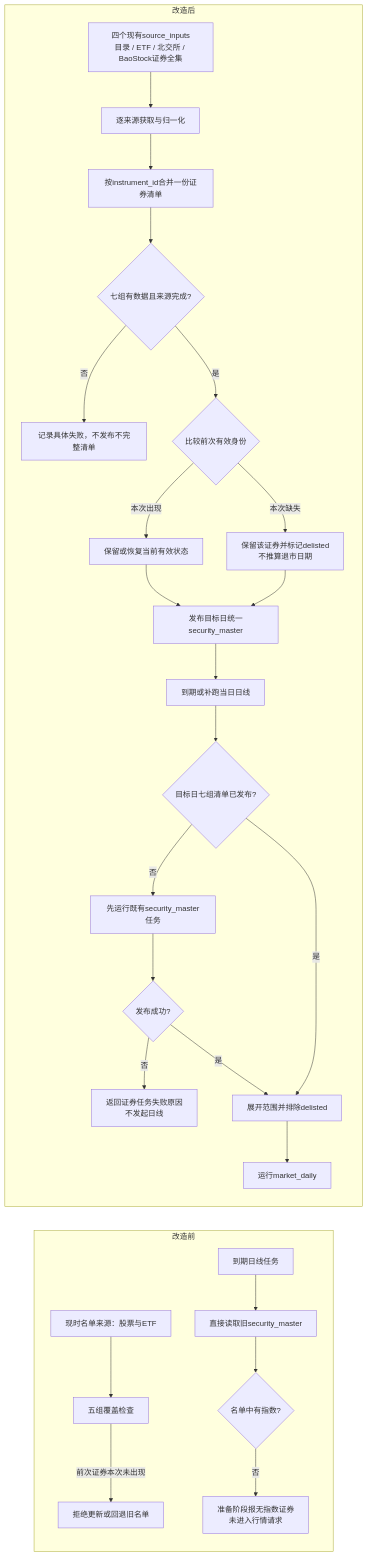
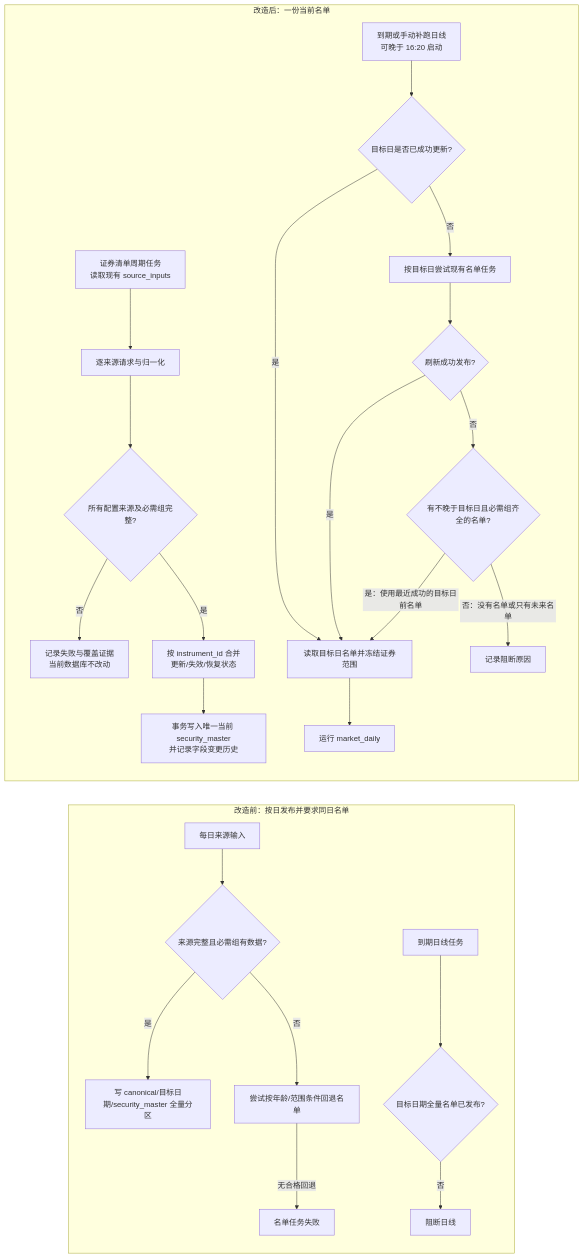
Before and after one commit to fewhg3yhjt/stock_data_manage: the fourth of 4 diagrams in docs/pipeline/collection-tasks.md, drawn with Mermaid. The commit also changed other lines of this file and 13 other files, not shown here.

````diff
--- a/docs/pipeline/collection-tasks.md
+++ b/docs/pipeline/collection-tasks.md
@@ -387,29 +383,27 @@
 ```mermaid
 flowchart LR
-  subgraph before[改造前]
-    B1[现时名单来源：股票与ETF] --> B2[五组覆盖检查]
-    B2 -->|前次证券本次未出现| B3[拒绝更新或回退旧名单]
-    B4[到期日线任务] --> B5[直接读取旧security_master]
-    B5 --> B6{名单中有指数?}
-    B6 -->|否| B7[准备阶段报无指数证券<br/>未进入行情请求]
+  subgraph before[改造前：按日发布并要求同日名单]
+    B1[每日来源输入] --> B2{来源完整且必需组有数据?}
+    B2 -->|是| B3[写 canonical/目标日期/security_master 全量分区]
+    B2 -->|否| B4[尝试按年龄/范围条件回退名单]
+    B4 -->|无合格回退| B5[名单任务失败]
+    B6[到期日线任务] --> B7{目标日期全量名单已发布?}
+    B7 -->|否| B8[阻断日线]
   end
-  subgraph after[改造后]
-    A1[四个现有source_inputs<br/>目录 / ETF / 北交所 / BaoStock证券全集] --> A2[逐来源获取与归一化]
-    A2 --> A3[按instrument_id合并一份证券清单]
-    A3 --> A4{七组有数据且来源完成?}
-    A4 -->|否| A5[记录具体失败，不发布不完整清单]
-    A4 -->|是| A6{比较前次有效身份}
-    A6 -->|本次出现| A7[保留或恢复当前有效状态]
-    A6 -->|本次缺失| A8[保留该证券并标记delisted<br/>不推算退市日期]
-    A7 --> A9[发布目标日统一security_master]
-    A8 --> A9
-    A9 --> A10[到期或补跑当日日线]
-    A10 --> A11{目标日七组清单已发布?}
-    A11 -->|否| A12[先运行既有security_master任务]
-    A12 --> A13{发布成功?}
-    A13 -->|否| A14[返回证券任务失败原因<br/>不发起日线]
-    A13 -->|是| A15[展开范围并排除delisted]
-    A11 -->|是| A15
-    A15 --> A16[运行market_daily]
+  subgraph after[改造后：一份当前名单]
+    A1[证券清单周期任务<br/>读取现有 source_inputs] --> A2[逐来源请求与归一化]
+    A2 --> A3{所有配置来源及必需组完整?}
+    A3 -->|否| A4[记录失败与覆盖证据<br/>当前数据库不改动]
+    A3 -->|是| A5[按 instrument_id 合并<br/>更新/失效/恢复状态]
+    A5 --> A6[事务写入唯一当前 security_master<br/>并记录字段变更历史]
+    A7[到期或手动补跑日线<br/>可晚于 16:20 启动] --> A8{目标日是否已成功更新?}
+    A8 -->|是| A11[读取目标日名单并冻结证券范围]
+    A8 -->|否| A9[按目标日尝试现有名单任务]
+    A9 --> A10{刷新成功发布?}
+    A10 -->|是| A11
+    A10 -->|否| A12{有不晚于目标日且必需组齐全的名单?}
+    A12 -->|是：使用最近成功的目标日前名单| A11
+    A12 -->|否：没有名单或只有未来名单| A13[记录阻断原因]
+    A11 --> A14[运行 market_daily]
   end
 ```
````
